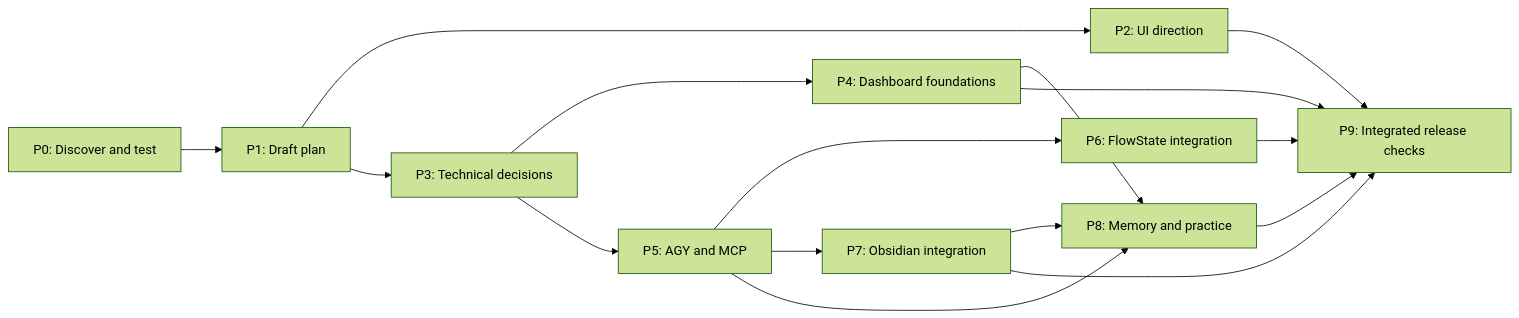
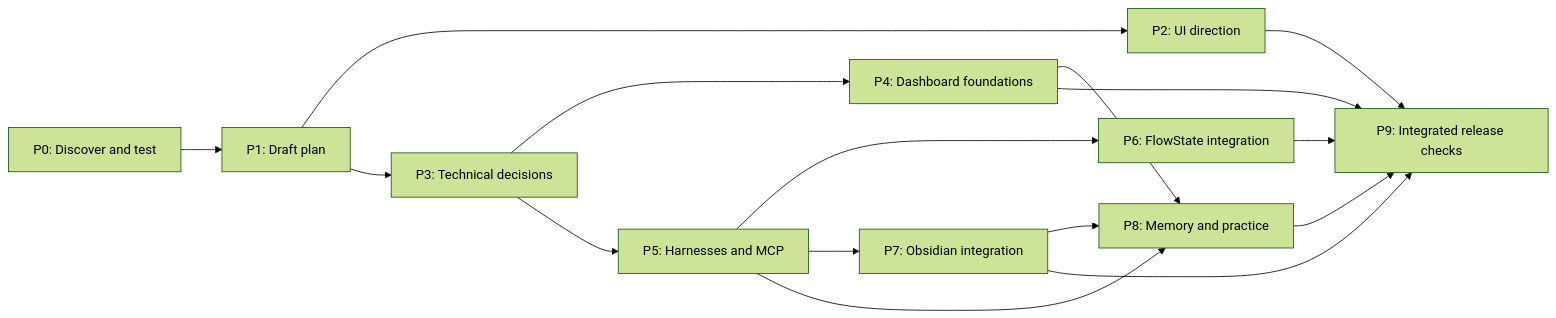
The second of 2 diagrams in outputs/project-hub.md (AlwinsonTGM/TGM), drawn with Mermaid (forest theme) before and after one commit. The commit also changed other lines of this file and 13 other files, not shown here.

````diff
--- a/outputs/project-hub.md
+++ b/outputs/project-hub.md
@@ -52,18 +58,18 @@
 ```mermaid
 flowchart LR
     P0["P0: Discover and test"] --> P1["P1: Draft plan"]
     P1 --> P2["P2: UI direction"]
     P1 --> P3["P3: Technical decisions"]
     P3 --> P4["P4: Dashboard foundations"]
-    P3 --> P5["P5: AGY and MCP"]
+    P3 --> P5["P5: Harnesses and MCP"]
     P5 --> P6["P6: FlowState integration"]
     P5 --> P7["P7: Obsidian integration"]
     P4 --> P8["P8: Memory and practice"]
     P5 --> P8
     P7 --> P8
     P2 --> P9["P9: Integrated release checks"]
     P4 --> P9
     P6 --> P9
     P7 --> P9
     P8 --> P9
 ```
````
